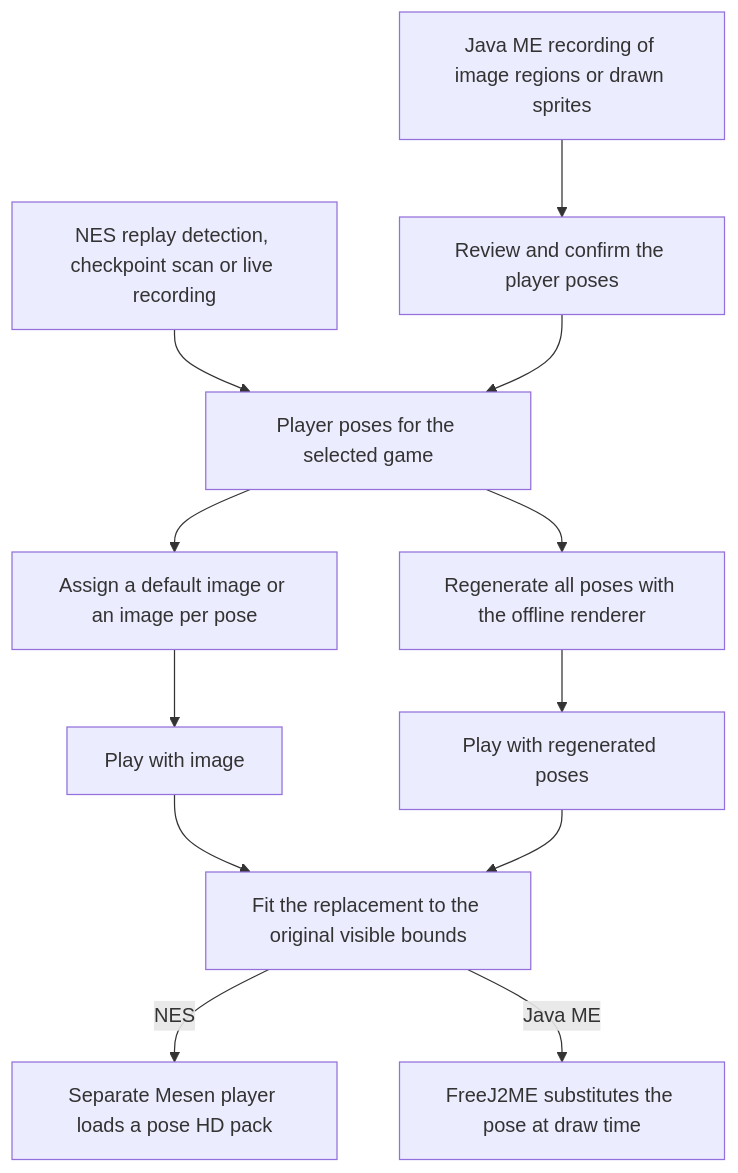
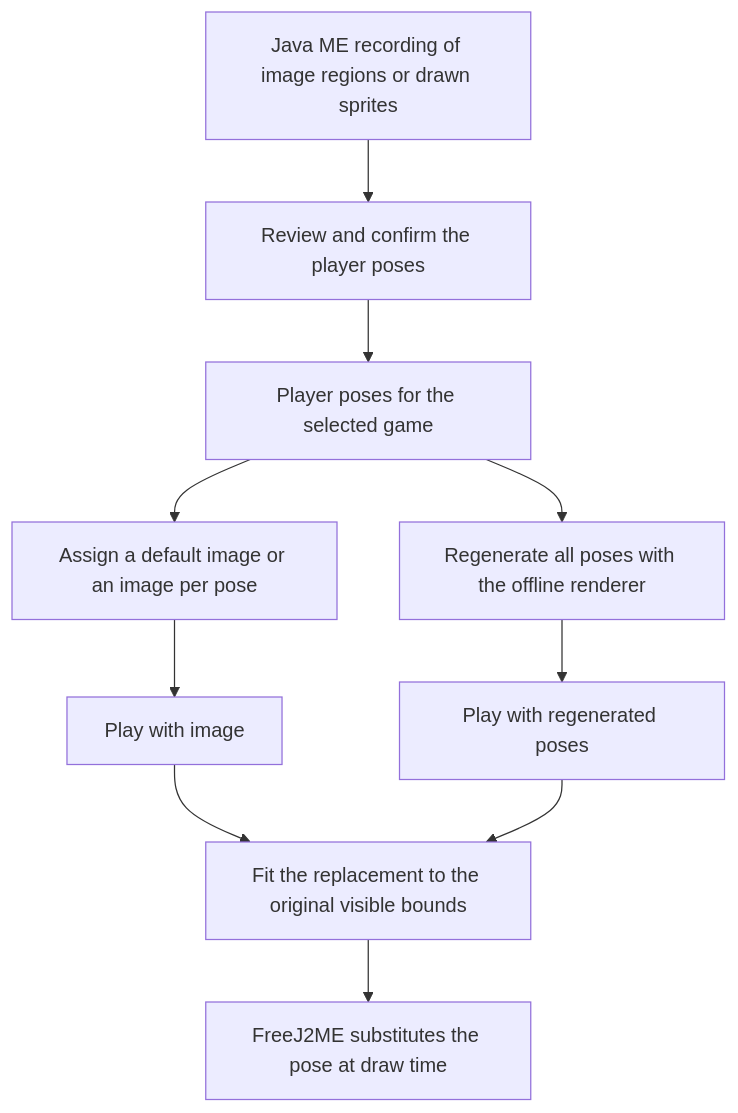
Before and after one commit to vishal-vs-1/Pixel-Revival: the second of 2 diagrams in docs/PROJECT_FLOW.md, drawn with Mermaid. The commit also changed other lines of this file and 173 other files, not shown here.

First line of the commit message:
Complete Rust NES player and remove managed Mesen stack

```diff
--- a/docs/PROJECT_FLOW.md
+++ b/docs/PROJECT_FLOW.md
@@ -55,14 +59,12 @@
 ~~~mermaid
 flowchart TD
-    N["NES replay detection, checkpoint scan or live recording"] --> P["Player poses for the selected game"]
     J["Java ME recording of image regions or drawn sprites"] --> C["Review and confirm the player poses"]
-    C --> P
+    C --> P["Player poses for the selected game"]
     P --> U["Assign a default image or an image per pose"]
     P --> R["Regenerate all poses with the offline renderer"]
     U --> UP["Play with image"]
     R --> RP["Play with regenerated poses"]
     UP --> F["Fit the replacement to the original visible bounds"]
     RP --> F
-    F -->|NES| NP["Separate Mesen player loads a pose HD pack"]
-    F -->|Java ME| JP["FreeJ2ME substitutes the pose at draw time"]
+    F --> JP["FreeJ2ME substitutes the pose at draw time"]
 ~~~
```
